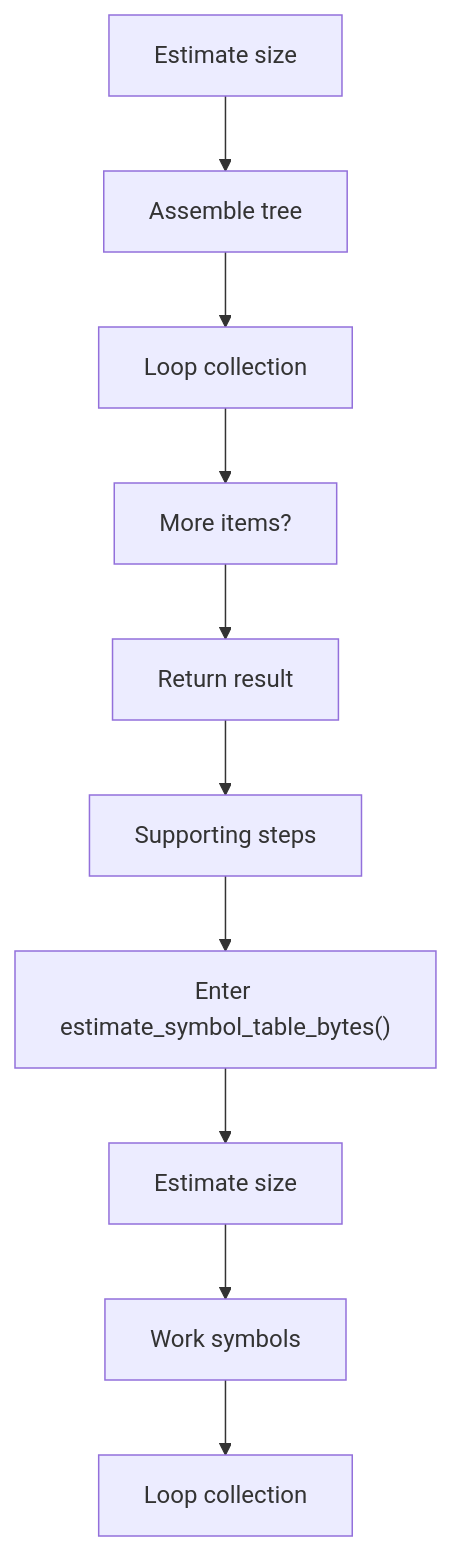
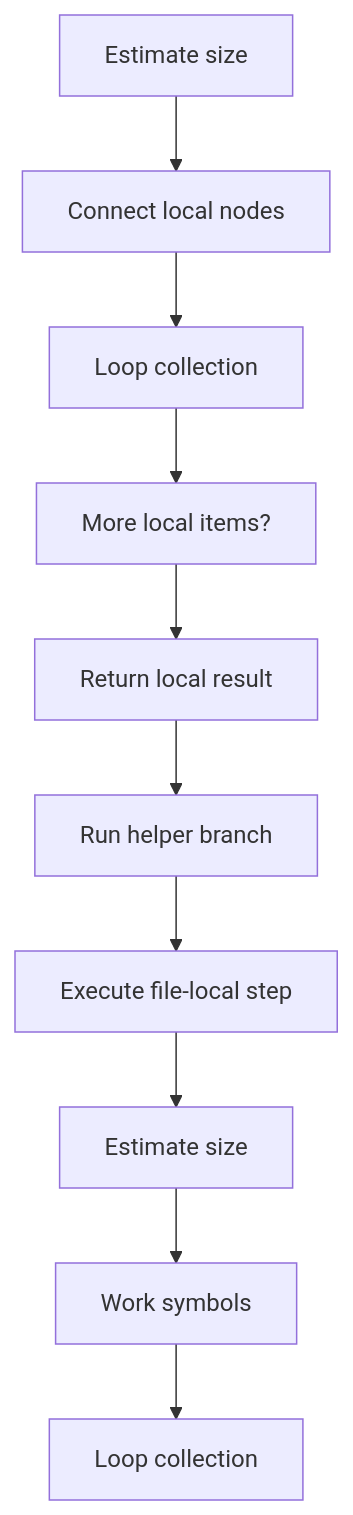
The sixth of 8 diagrams in docs/Codebase/Microservice/Modules/Source/OutputGeneration/UnitTestGeneration/Flow/algorithm_pipeline_program_flow_01.cpp.md (JohnAndrewBalbarosa/NeoTerritory), drawn with Mermaid before and after one commit. The commit also changed other lines of this file and 925 other files, not shown here.

````diff
--- a/docs/Codebase/Microservice/Modules/Source/OutputGeneration/UnitTestGeneration/Flow/algorithm_pipeline_program_flow_01.cpp.md
+++ b/docs/Codebase/Microservice/Modules/Source/OutputGeneration/UnitTestGeneration/Flow/algorithm_pipeline_program_flow_01.cpp.md
@@ -145,22 +145,22 @@
 ```mermaid
 flowchart TD
     N0["Estimate size"]
-    N1["Assemble tree"]
+    N1["Connect local nodes"]
     N2["Loop collection"]
-    N3["More items?"]
-    N4["Return result"]
-    N5["Supporting steps"]
-    N6["Enter estimate_symbol_table_bytes()"]
+    N3["More local items?"]
+    N4["Return local result"]
+    N5["Run helper branch"]
+    N6["Execute file-local step"]
     N7["Estimate size"]
     N8["Work symbols"]
     N9["Loop collection"]
     N0 --> N1
     N1 --> N2
     N2 --> N3
     N3 --> N4
     N4 --> N5
     N5 --> N6
     N6 --> N7
     N7 --> N8
     N8 --> N9
 ```
````
